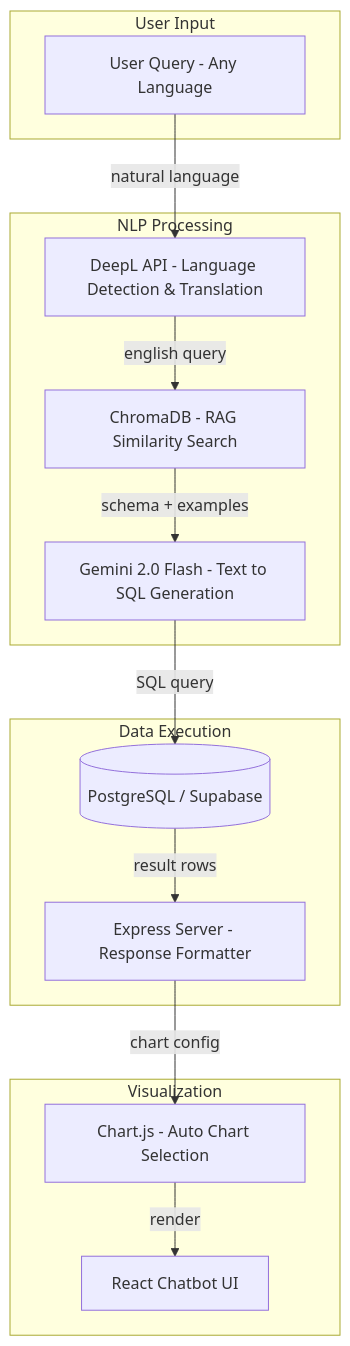
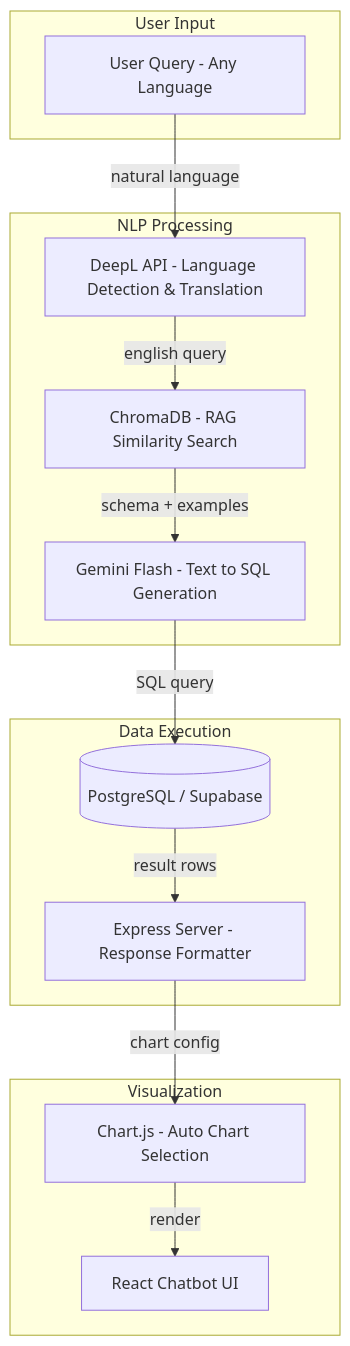
One commit to krish-745/Ingres changed the first of 2 diagrams in README.md. Above: the diagram before and after it, drawn with Mermaid. The commit also changed other lines of this file, not shown here.

````diff
--- a/README.md
+++ b/README.md
@@ -60,30 +60,30 @@
 ```mermaid
 flowchart TB
     subgraph Input ["User Input"]
         A[User Query - Any Language]
     end
 
     subgraph Processing ["NLP Processing"]
         B[DeepL API - Language Detection & Translation]
         C[ChromaDB - RAG Similarity Search]
-        D[Gemini 2.0 Flash - Text to SQL Generation]
+        D[Gemini Flash - Text to SQL Generation]
     end
 
     subgraph Execution ["Data Execution"]
         E[(PostgreSQL / Supabase)]
         F[Express Server - Response Formatter]
     end
 
     subgraph Output ["Visualization"]
         G[Chart.js - Auto Chart Selection]
         H[React Chatbot UI]
     end
 
     A -->|natural language| B
     B -->|english query| C
     C -->|schema + examples| D
     D -->|SQL query| E
     E -->|result rows| F
     F -->|chart config| G
     G -->|render| H
 ```
````
